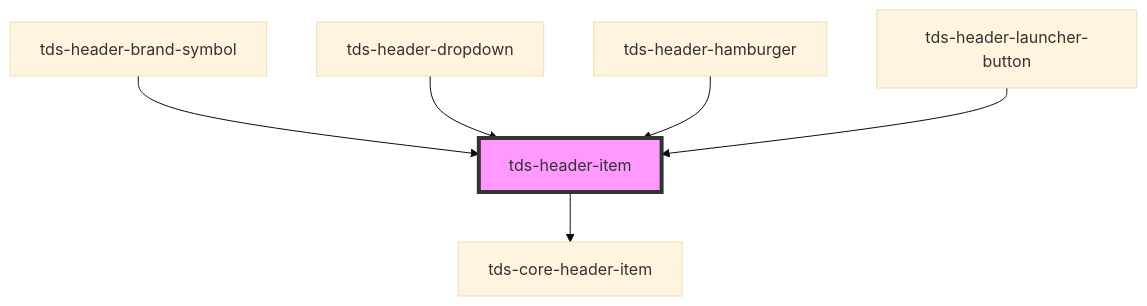
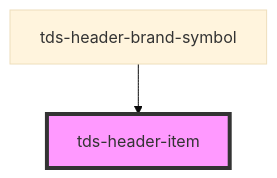
The diagram in packages/core/src/components/header/header-item/readme.md (scania-digital-design-system/tegel), drawn with Mermaid (base theme) before and after one commit. The commit also changed other lines of this file and 21 other files, not shown here.

````diff
--- a/packages/core/src/components/header/header-item/readme.md
+++ b/packages/core/src/components/header/header-item/readme.md
@@ -37,9 +30,5 @@
 ```mermaid
 graph TD;
-  tds-header-item --> tds-core-header-item
   tds-header-brand-symbol --> tds-header-item
-  tds-header-dropdown --> tds-header-item
-  tds-header-hamburger --> tds-header-item
-  tds-header-launcher-button --> tds-header-item
   style tds-header-item fill:#f9f,stroke:#333,stroke-width:4px
 ```
````
